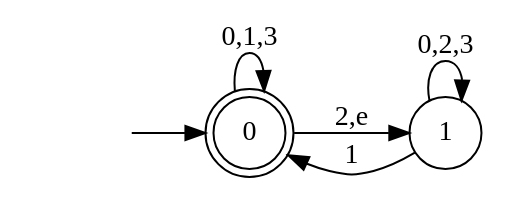
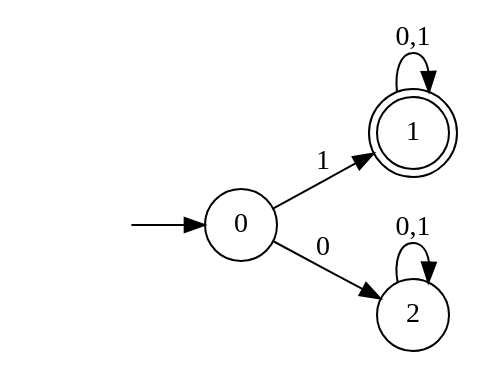
Before and after one commit to Umato/computer_practices: the diagram in NFA/NFA1.gv, drawn with Graphviz. The commit also changed 5 other files, not shown here.

```diff
--- a/NFA/NFA1.gv
+++ b/NFA/NFA1.gv
@@ -1,11 +1,11 @@
 digraph finite_state_machine{
 	rankdir=LR;
-	node [shape = doublecircle]; 0;
+	node [shape = doublecircle]; 1;
 	node [shape = circle];
 	init [shape=none, label=""];
 	init -> 0;
-	0 -> 0 [label = "0,1,3"];
-	0 -> 1 [label = "2,e"];
-	1 -> 0 [label = "1"];
-	1 -> 1 [label = "0,2,3"];
+	0 -> 1 [label = "1"];
+	0 -> 2 [label = "0"];
+	1 -> 1 [label = "0,1"];
+	2 -> 2 [label = "0,1"];
 }
```
